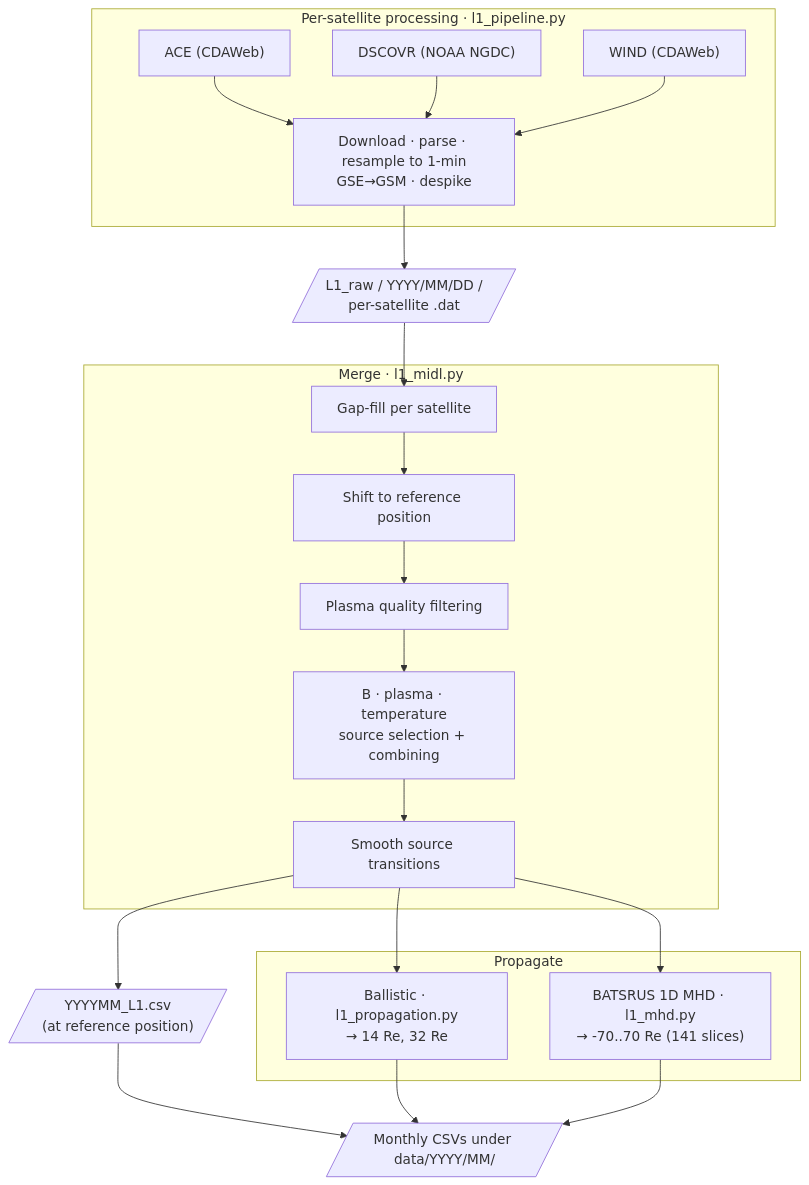
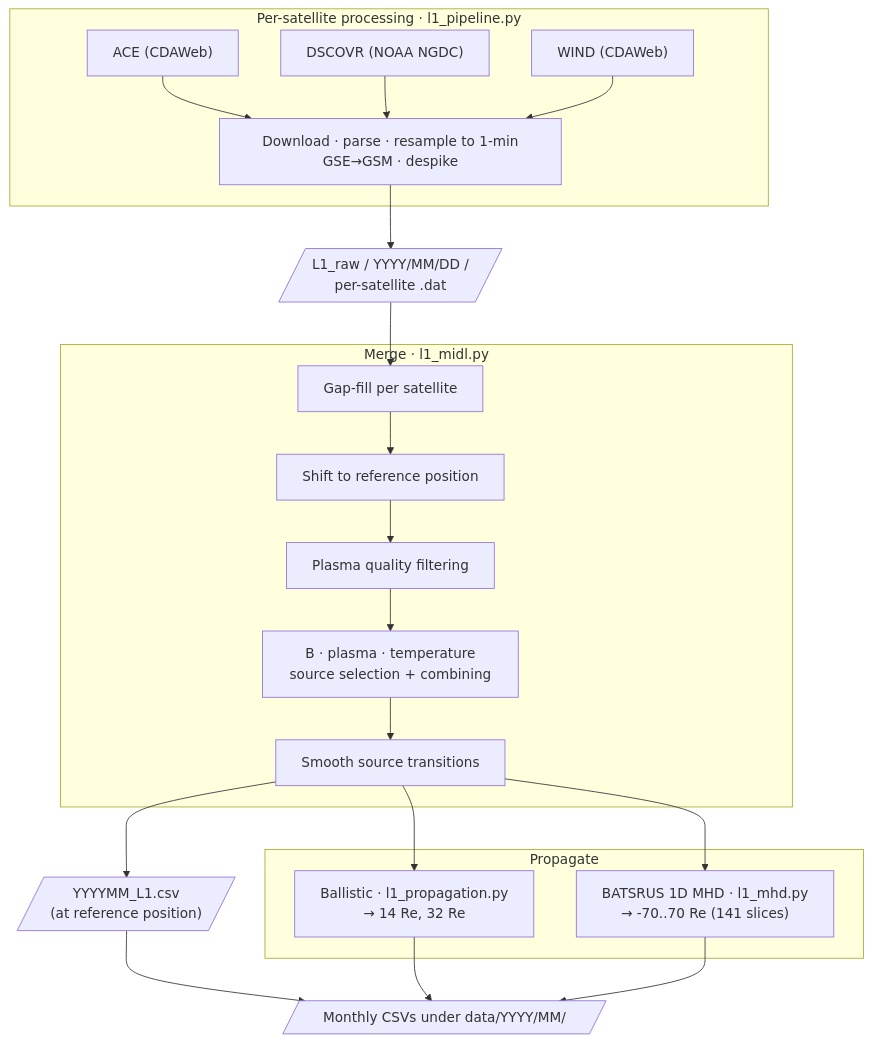
The diagram in README.md (connordimarco/meldpy), drawn with Mermaid before and after one commit.

Commit message:
flow chart formatting edits

````diff
--- a/README.md
+++ b/README.md
@@ -9,35 +9,36 @@
 ```mermaid
+%%{init: {'flowchart': {'htmlLabels': true, 'wrappingWidth': 400}}}%%
 flowchart TD
     subgraph SAT["Per-satellite processing · l1_pipeline.py"]
         ACE["ACE (CDAWeb)"]
         DSC["DSCOVR (NOAA NGDC)"]
         WND["WIND (CDAWeb)"]
-        SP["Download · parse · resample to 1-min<br/>GSE→GSM · despike"]
+        SP["&nbsp;&nbsp;&nbsp;&nbsp;Download · parse · resample to 1-min&nbsp;&nbsp;&nbsp;&nbsp;<br/>GSE→GSM · despike"]
         ACE & DSC & WND --> SP
     end
 
     L1R[/"L1_raw / YYYY/MM/DD /<br/>per-satellite .dat"/]
 
     subgraph MERGE["Merge · l1_midl.py"]
         GF["Gap-fill per satellite"]
         PR["Shift to reference position"]
         QC["Plasma quality filtering"]
-        SRC["B · plasma · temperature<br/>source selection + combining"]
+        SRC["&nbsp;&nbsp;&nbsp;&nbsp;B · plasma · temperature&nbsp;&nbsp;&nbsp;&nbsp;<br/>source selection + combining"]
         ST["Smooth source transitions"]
         GF --> PR --> QC --> SRC --> ST
     end
 
     L1CSV[/"YYYYMM_L1.csv<br/>(at reference position)"/]
 
     subgraph PROP["Propagate"]
         BAL["Ballistic · l1_propagation.py<br/>→ 14 Re, 32 Re"]
         MHD["BATSRUS 1D MHD · l1_mhd.py<br/>→ -70..70 Re (141 slices)"]
     end
 
-    OUT[/"Monthly CSVs under data/YYYY/MM/"/]
+    OUT[/"&nbsp;&nbsp;&nbsp;&nbsp;Monthly CSVs under data/YYYY/MM/&nbsp;&nbsp;&nbsp;&nbsp;"/]
 
     SP --> L1R --> GF
     ST --> L1CSV --> OUT
     ST --> BAL --> OUT
     ST --> MHD --> OUT
 ```
````
